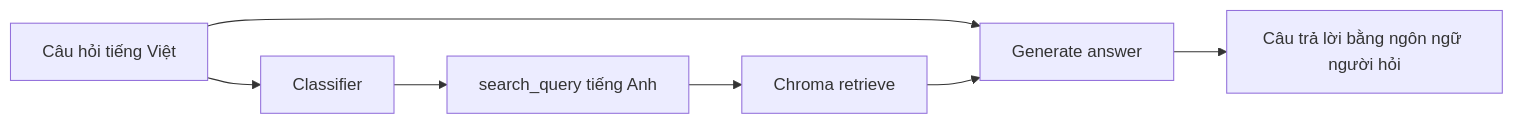
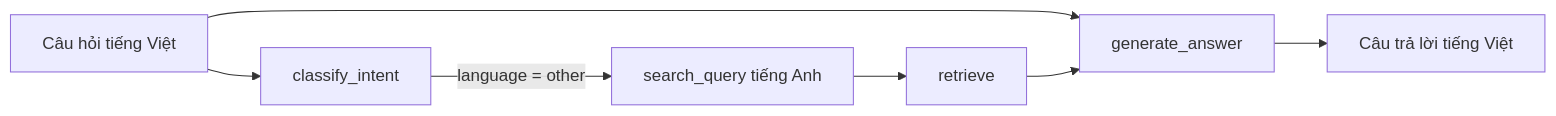
One commit to thanhpt-25/LangChain changed the sixth of 8 diagrams in docs/ARCHITECTURE.md. Above: the diagram before and after it, drawn with Mermaid. The commit also changed other lines of this file, not shown here.

Commit message:
docs: rewrite ARCHITECTURE with clearer component, control-flow and data-flow diagrams

````diff
--- a/docs/ARCHITECTURE.md
+++ b/docs/ARCHITECTURE.md
@@ -222,9 +244,9 @@
 ```mermaid
 flowchart LR
-    Q[Câu hỏi tiếng Việt] --> C[Classifier]
-    C --> SQ[search_query tiếng Anh]
-    SQ --> R[Chroma retrieve]
-    Q --> G[Generate answer]
+    Q["Câu hỏi tiếng Việt"] --> C["classify_intent"]
+    C -->|"language = other"| SQ["search_query tiếng Anh"]
+    SQ --> R["retrieve"]
+    Q --> G["generate_answer"]
     R --> G
-    G --> A[Câu trả lời bằng ngôn ngữ người hỏi]
+    G --> A["Câu trả lời tiếng Việt"]
 ```
````
